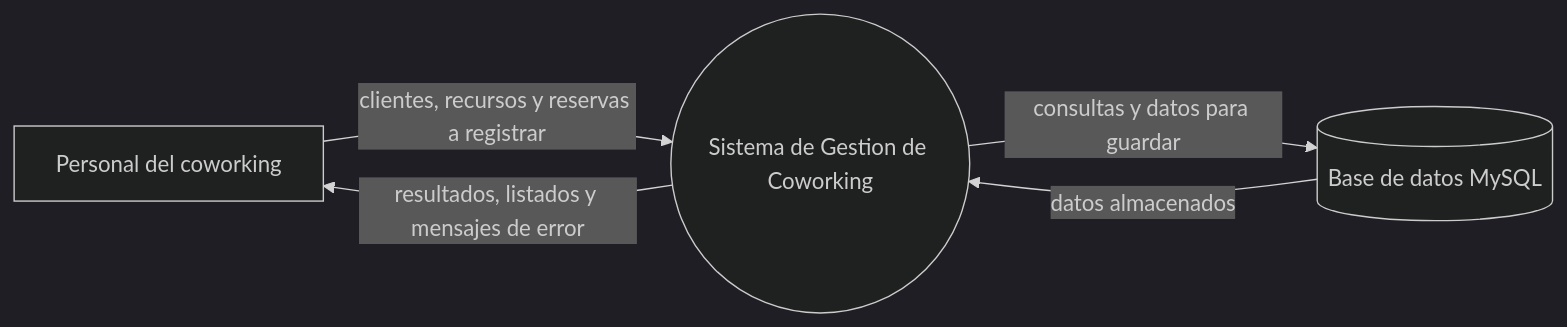
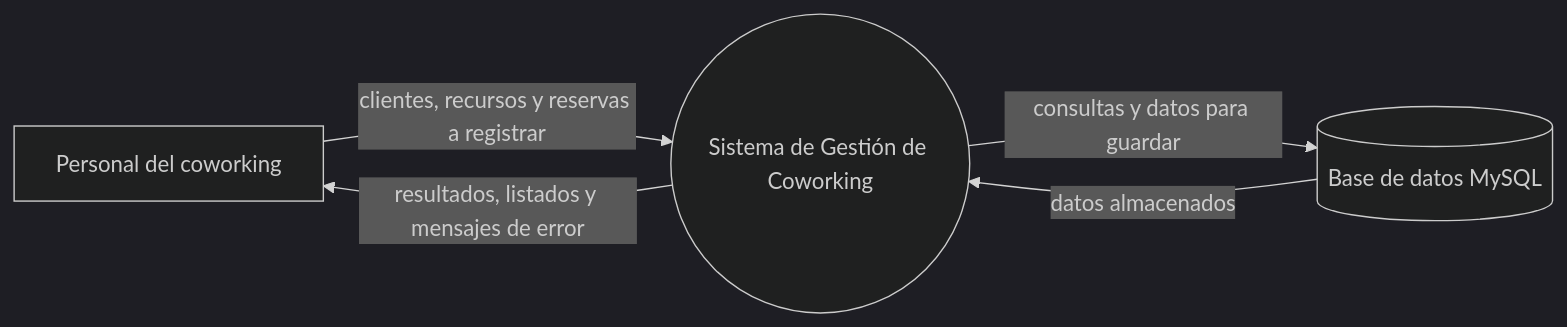
One commit to adrianbeep/final-algoritmos changed the first of 2 diagrams in Docs/DC.md. Above: the diagram before and after it, drawn with Mermaid (dark theme). The commit also changed other lines of this file and 2 other files, not shown here.

Commit message:
docs(diagramas): el DER actualizado, el contexto de la operacion y los flujos de escritura

````diff
--- a/Docs/DC.md
+++ b/Docs/DC.md
@@ -10,11 +10,11 @@
 ```mermaid
 flowchart LR
     P["Personal del coworking"]
-    S((Sistema de Gestion de Coworking))
+    S(("Sistema de Gestión de Coworking"))
     B[("Base de datos MySQL")]
 
     P -->|"clientes, recursos y reservas a registrar"| S
     S -->|"resultados, listados y mensajes de error"| P
     S -->|"consultas y datos para guardar"| B
     B -->|"datos almacenados"| S
 ```
````
